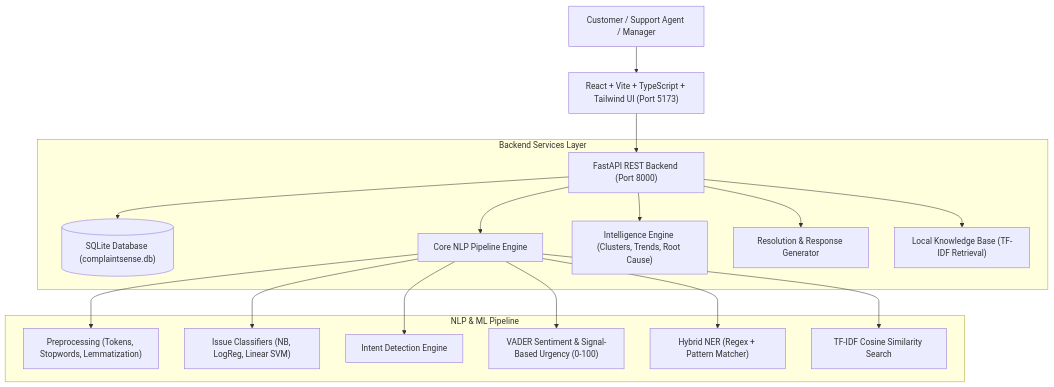
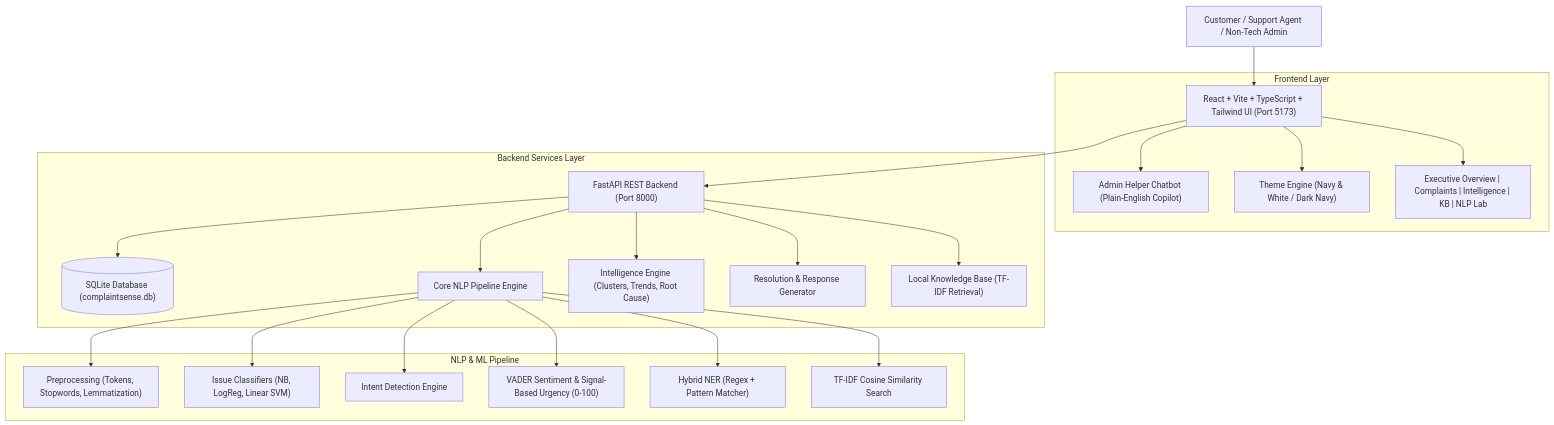
The diagram in README.md (aafia10/ComplaintSense), drawn with Mermaid before and after one commit. The commit also changed other lines of this file and 4 other files, not shown here.

First line of the commit message:
feat(ui): add admin helper chatbot and update project documentation

````diff
--- a/README.md
+++ b/README.md
@@ -60,22 +62,28 @@
 ```mermaid
 graph TD
-    User["Customer / Support Agent / Manager"] --> Frontend["React + Vite + TypeScript + Tailwind UI (Port 5173)"]
+    User["Customer / Support Agent / Non-Tech Admin"] --> Frontend["React + Vite + TypeScript + Tailwind UI (Port 5173)"]
     Frontend --> API["FastAPI REST Backend (Port 8000)"]
     
+    subgraph "Frontend Layer"
+        Frontend --> Chatbot["Admin Helper Chatbot (Plain-English Copilot)"]
+        Frontend --> Theme["Theme Engine (Navy & White / Dark Navy)"]
+        Frontend --> Views["Executive Overview | Complaints | Intelligence | KB | NLP Lab"]
+    end
+
     subgraph "Backend Services Layer"
         API --> DB[("SQLite Database (complaintsense.db)")]
         API --> NLPEngine["Core NLP Pipeline Engine"]
         API --> IntelEngine["Intelligence Engine (Clusters, Trends, Root Cause)"]
         API --> ResolutionEngine["Resolution & Response Generator"]
         API --> KnowledgeEngine["Local Knowledge Base (TF-IDF Retrieval)"]
     end
 
     subgraph "NLP & ML Pipeline"
         NLPEngine --> Preprocess["Preprocessing (Tokens, Stopwords, Lemmatization)"]
         NLPEngine --> Classifiers["Issue Classifiers (NB, LogReg, Linear SVM)"]
         NLPEngine --> IntentDetector["Intent Detection Engine"]
         NLPEngine --> SentimentUrgency["VADER Sentiment & Signal-Based Urgency (0-100)"]
         NLPEngine --> NER["Hybrid NER (Regex + Pattern Matcher)"]
         NLPEngine --> Similarity["TF-IDF Cosine Similarity Search"]
     end
 ```
````
